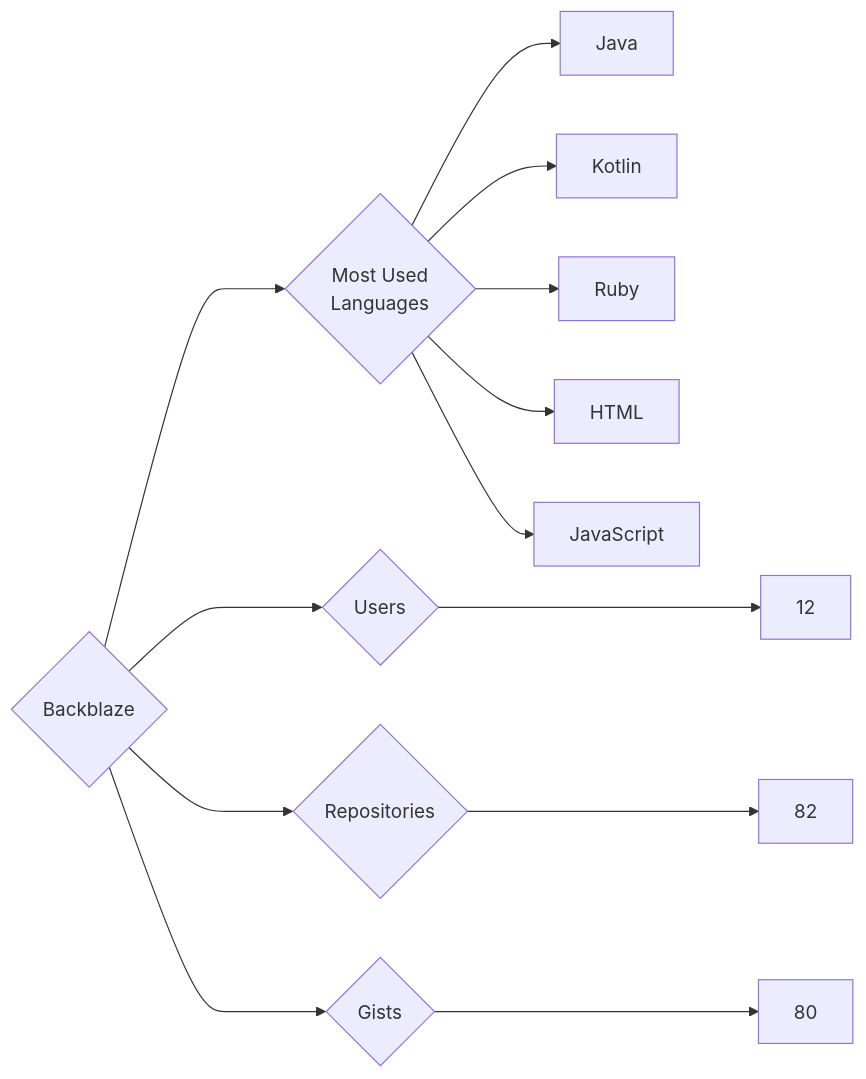
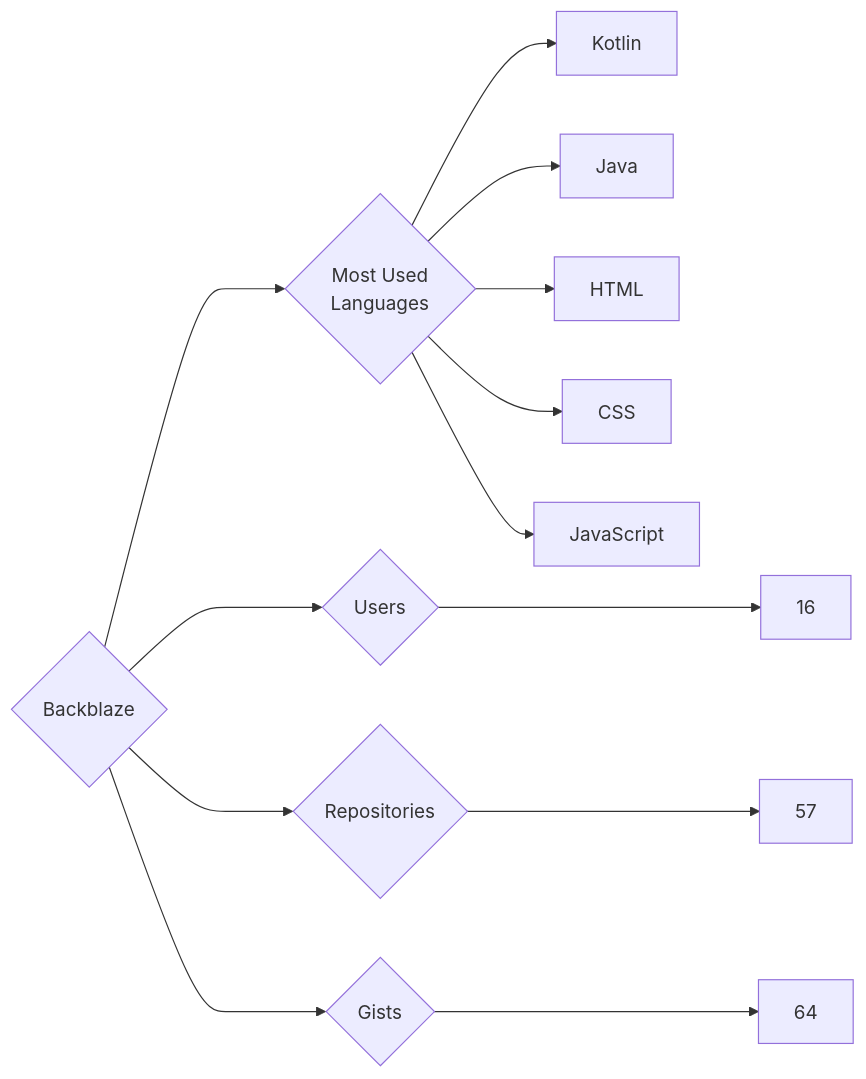
One commit to trickest/insiders changed the diagram in targets/Backblaze/README.md. Above: the diagram before and after it, drawn with Mermaid. The commit also changed 809 other files, not shown here.

````diff
--- a/targets/Backblaze/README.md
+++ b/targets/Backblaze/README.md
@@ -3,13 +3,13 @@
 ```mermaid
 graph LR
 COMPANY_NAME{Backblaze}
-COMPANY_NAME ---> U{Users} ---> UN[12]
-COMPANY_NAME ---> R{Repositories} ---> RN[82]
-COMPANY_NAME ---> G{Gists} ---> GN[80]
+COMPANY_NAME ---> U{Users} ---> UN[16]
+COMPANY_NAME ---> R{Repositories} ---> RN[57]
+COMPANY_NAME ---> G{Gists} ---> GN[64]
 COMPANY_NAME ---> ML{Most Used<br>Languages}
+ML --> Kotlin[Kotlin]
 ML --> Java[Java]
-ML --> Kotlin[Kotlin]
-ML --> Ruby[Ruby]
 ML --> HTML[HTML]
+ML --> CSS[CSS]
 ML --> JavaScript[JavaScript]
 ```
````
